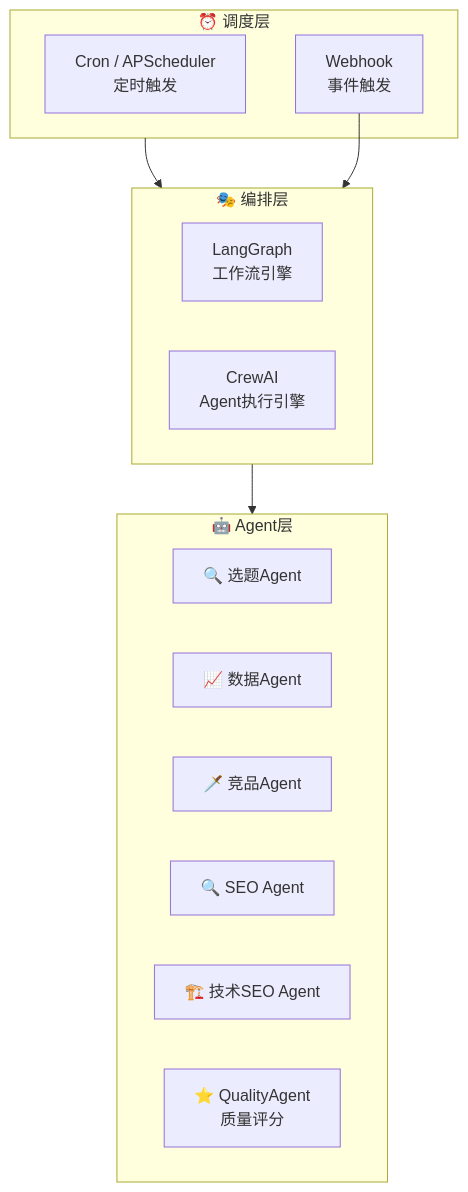
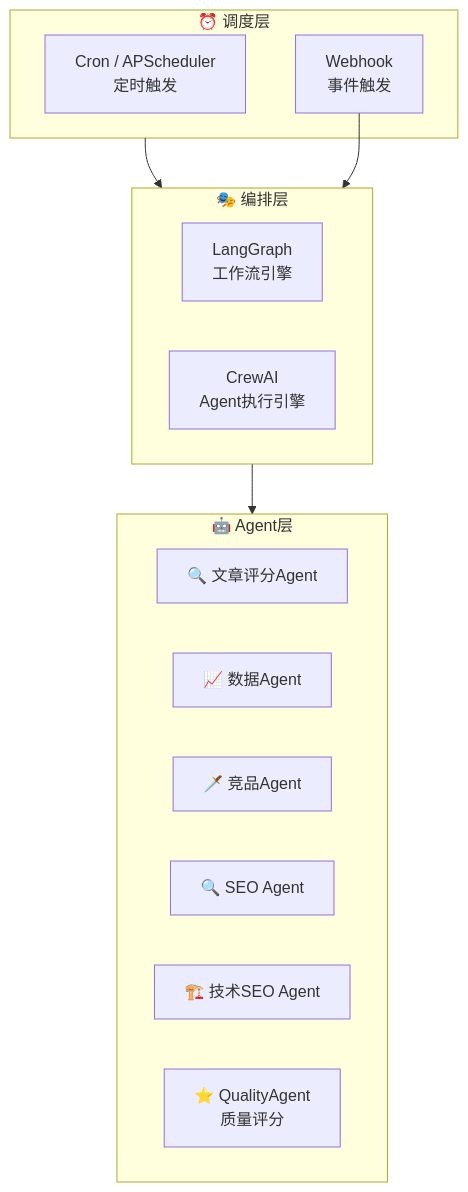
Before and after one commit to flyingsnowzz/Multi-Agent-Automatic-Operation-Website: the second of 2 diagrams in 04-定时任务方案.md, drawn with Mermaid. The commit also changed other lines of this file and 49 other files, not shown here.

````diff
--- a/04-定时任务方案.md
+++ b/04-定时任务方案.md
@@ -175,26 +175,26 @@
 ```mermaid
 flowchart TD
     subgraph SCHEDULER["⏰ 调度层"]
         CRON["Cron / APScheduler<br/>定时触发"]
         WEBHOOK["Webhook<br/>事件触发"]
     end
 
     subgraph ORCHESTRATOR["🎭 编排层"]
         LANGGRAPH["LangGraph<br/>工作流引擎"]
         CREWAI["CrewAI<br/>Agent执行引擎"]
     end
 
     subgraph AGENTS["🤖 Agent层"]
-        TOPIC["🔍 选题Agent"]
+        TOPIC["🔍 文章评分Agent"]
         DATA["📈 数据Agent"]
         COMPETE["🗡️ 竞品Agent"]
         SEO["🔍 SEO Agent"]
         TECH["🏗️ 技术SEO Agent"]
         QUALITY["⭐ QualityAgent
 质量评分"]
     end
 
     SCHEDULER --> ORCHESTRATOR
     ORCHESTRATOR --> AGENTS
     WEBHOOK --> ORCHESTRATOR
 ```
````
